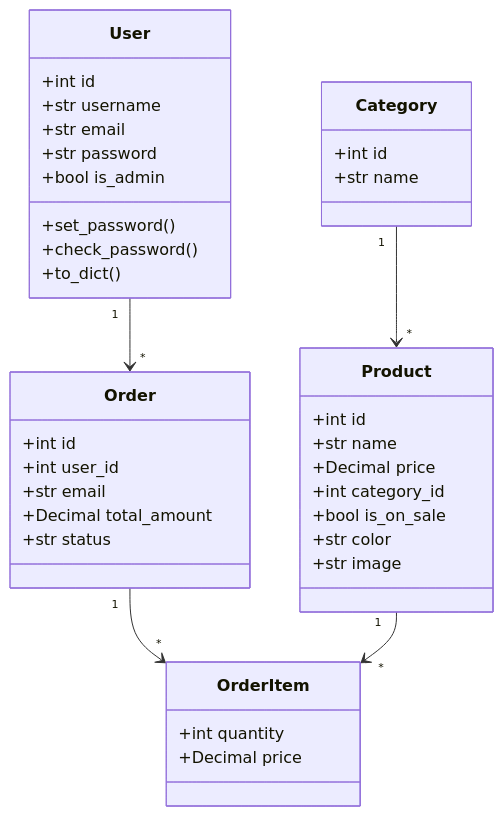
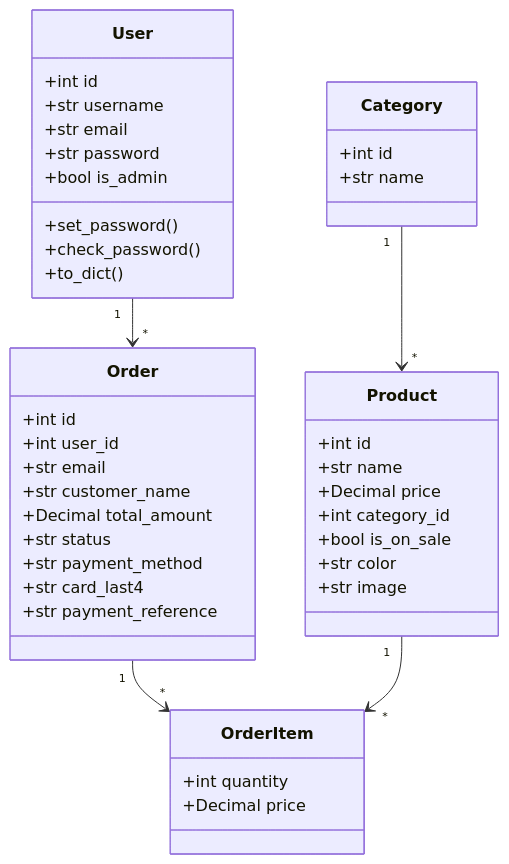
One commit to Issercio/Demo-day changed the third of 3 diagrams in README.md. Above: the diagram before and after it, drawn with Mermaid. The commit also changed other lines of this file and 1 other file, not shown here.

````diff
--- a/README.md
+++ b/README.md
@@ -231,41 +251,45 @@
 ```mermaid
 classDiagram
   class User {
     +int id
     +str username
     +str email
     +str password
     +bool is_admin
     +set_password()
     +check_password()
     +to_dict()
   }
   class Product {
     +int id
     +str name
     +Decimal price
     +int category_id
     +bool is_on_sale
     +str color
     +str image
   }
   class Category {
     +int id
     +str name
   }
   class Order {
     +int id
     +int user_id
     +str email
+    +str customer_name
     +Decimal total_amount
     +str status
+    +str payment_method
+    +str card_last4
+    +str payment_reference
   }
   class OrderItem {
     +int quantity
     +Decimal price
   }
   User "1" --> "*" Order
   Category "1" --> "*" Product
   Order "1" --> "*" OrderItem
   Product "1" --> "*" OrderItem
 ```
````
